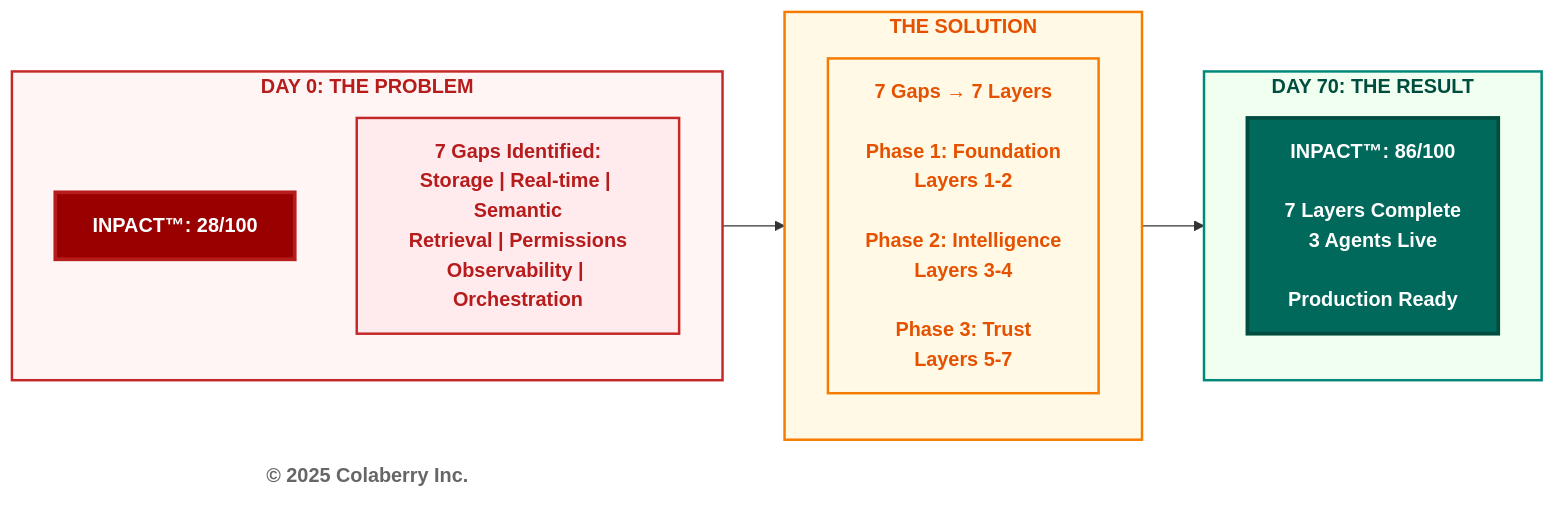
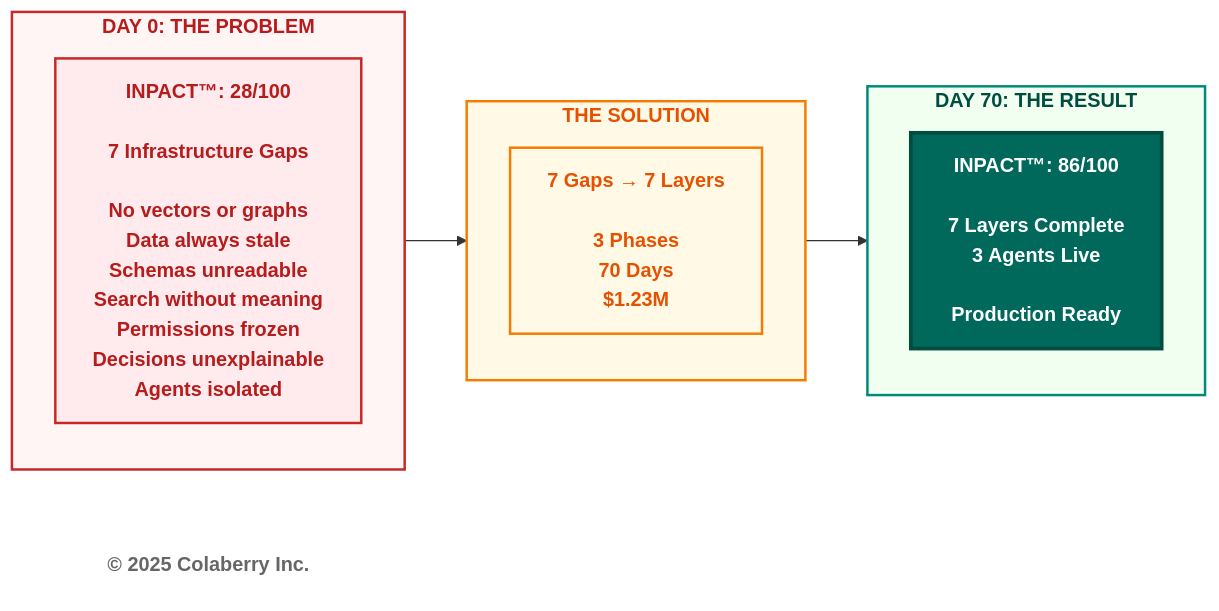
The first of 4 diagrams in manuscript/04_chapter_3_from_bi_to_agent.md (saitejesh-cyber/trust-before-intelligence-book), drawn with Mermaid before and after one commit.

Commit message:
fixing the diagram
fixing the diagram

````diff
--- a/manuscript/04_chapter_3_from_bi_to_agent.md
+++ b/manuscript/04_chapter_3_from_bi_to_agent.md
@@ -26,41 +26,38 @@
 ```mermaid
 
 graph LR
     subgraph BEFORE["<b>DAY 0: THE PROBLEM</b>"]
         direction TB
-        B1["<b>INPACT™: 28/100</b>"]
-        B2["<b>7 Gaps Identified:</b><br/><b>Storage | Real-time | Semantic</b><br/><b>Retrieval | Permissions</b><br/><b>Observability | Orchestration</b>"]
+        B1["<b>INPACT™: 28/100</b><br/><br/><b>7 Infrastructure Gaps</b><br/><br/><b>No vectors or graphs</b><br/><b>Data always stale</b><br/><b>Schemas unreadable</b><br/><b>Search without meaning</b><br/><b>Permissions frozen</b><br/><b>Decisions unexplainable</b><br/><b>Agents isolated</b>"]
     end
     
     subgraph SOLUTION["<b>THE SOLUTION</b>"]
         direction TB
-        S1["<b>7 Gaps → 7 Layers</b><br/><br/><b>Phase 1: Foundation</b><br/><b>Layers 1-2</b><br/><br/><b>Phase 2: Intelligence</b><br/><b>Layers 3-4</b><br/><br/><b>Phase 3: Trust</b><br/><b>Layers 5-7</b>"]
+        S1["<b>7 Gaps → 7 Layers</b><br/><br/><b>3 Phases</b><br/><b>70 Days</b><br/><b>$1.23M</b>"]
     end
     
     subgraph AFTER["<b>DAY 70: THE RESULT</b>"]
         direction TB
         A1["<b>INPACT™: 86/100</b><br/><br/><b>7 Layers Complete</b><br/><b>3 Agents Live</b><br/><br/><b>Production Ready</b>"]
     end
     
     Copyright["<b>© 2025 Colaberry Inc.</b>"]
     
     BEFORE --> SOLUTION --> AFTER
     
     %% RED - Problems/Old Era (Day 0 with gaps)
     style BEFORE fill:#fff5f5,stroke:#c62828,stroke-width:2px,color:#b71c1c
-    style B1 fill:#990000,color:#ffffff,stroke:#b71c1c,stroke-width:3px
-    style B2 fill:#ffebee,stroke:#c62828,stroke-width:2px,color:#b71c1c
+    style B1 fill:#ffebee,stroke:#c62828,stroke-width:2px,color:#b71c1c
     
     %% ORANGE - Transition/Solution
     style SOLUTION fill:#fff9e6,stroke:#f57c00,stroke-width:2px,color:#e65100
     style S1 fill:#fff9e6,stroke:#f57c00,stroke-width:2px,color:#e65100
     
     %% TEAL - Success/Result (Day 70)
     style AFTER fill:#f0fff0,stroke:#00897b,stroke-width:2px,color:#004d40
     style A1 fill:#00695c,color:#ffffff,stroke:#004d40,stroke-width:3px
     
     %% Copyright
     style Copyright fill:#ffffff,stroke:none,color:#666666
 
-
 ```
````
